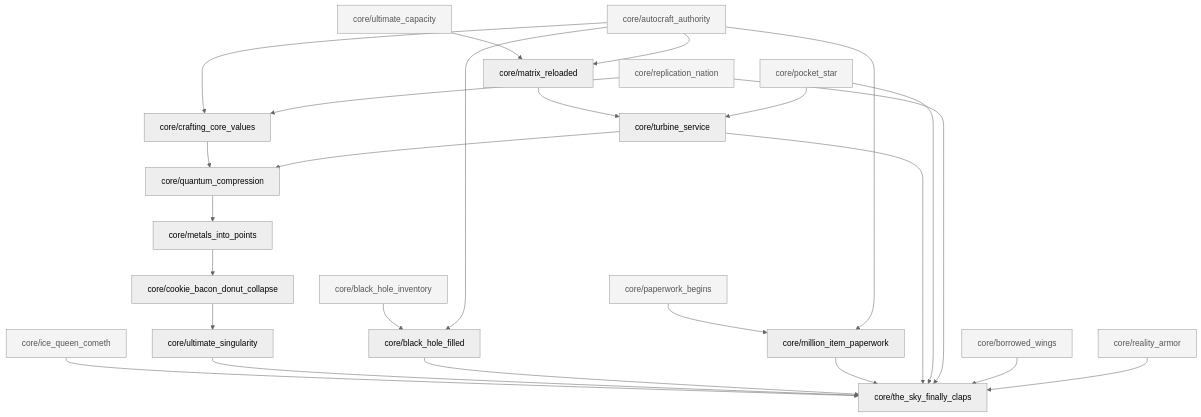
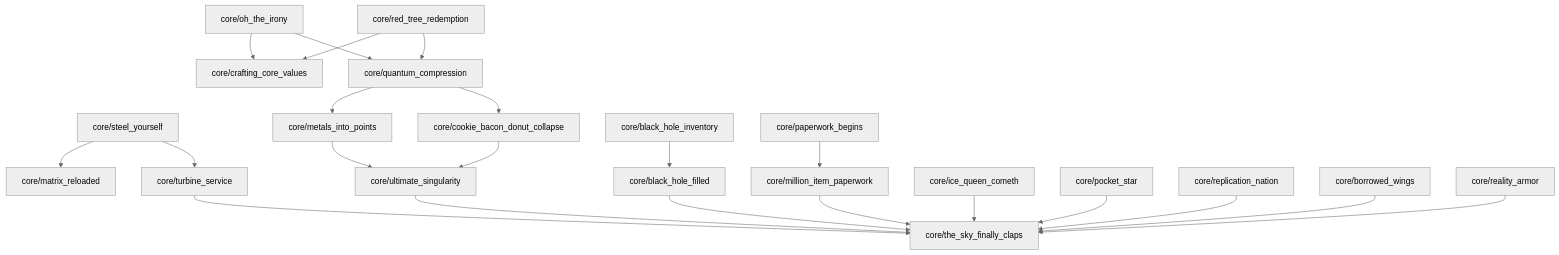
One commit to godh00d/sf4 changed the fourth of 6 diagrams in ACHIEVEMENT_TREE.md. Above: the diagram before and after it, drawn with Mermaid (neutral theme). The commit also changed other lines of this file and 97 other files, not shown here.

````diff
--- a/ACHIEVEMENT_TREE.md
+++ b/ACHIEVEMENT_TREE.md
@@ -215,32 +168,24 @@
 ```mermaid
 flowchart TD
-    C52["core/ultimate_capacity"]:::prior --> C101["core/matrix_reloaded"]
-    C89["core/autocraft_authority"]:::prior --> C101
-    C101 --> C102["core/turbine_service"]
-    C97["core/pocket_star"]:::prior --> C102
-
-    C89 --> C103["core/crafting_core_values"]
-    C100["core/replication_nation"]:::prior --> C103
-    C103 --> C104["core/quantum_compression"]
-    C102 --> C104
+    C44["core/steel_yourself"] --> C101["core/matrix_reloaded"]
+    C44 --> C102["core/turbine_service"]
+    C14["core/oh_the_irony"] --> C103["core/crafting_core_values"]
+    C15["core/red_tree_redemption"] --> C103
+    C14 --> C104["core/quantum_compression"]
+    C15 --> C104
     C104 --> C105["core/metals_into_points"]
-    C105 --> C106["core/cookie_bacon_donut_collapse"]
-    C106 --> C107["core/ultimate_singularity"]
-
-    C60["core/black_hole_inventory"]:::prior --> C108["core/black_hole_filled"]
-    C89 --> C108
-    C21["core/paperwork_begins"]:::prior --> C109["core/million_item_paperwork"]
-    C89 --> C109
-
-    C80["core/ice_queen_cometh"]:::prior --> C110["core/the_sky_finally_claps"]
+    C104 --> C106["core/cookie_bacon_donut_collapse"]
+    C105 --> C107["core/ultimate_singularity"]
+    C106 --> C107
+    C60["core/black_hole_inventory"] --> C108["core/black_hole_filled"]
+    C21["core/paperwork_begins"] --> C109["core/million_item_paperwork"]
+    C80["core/ice_queen_cometh"] --> C110["core/the_sky_finally_claps"]
     C107 --> C110
     C108 --> C110
     C109 --> C110
     C102 --> C110
-    C97 --> C110
-    C100 --> C110
-    C75["core/borrowed_wings"]:::prior --> C110
-    C65["core/reality_armor"]:::prior --> C110
-
-    classDef prior fill:#f4f4f4,stroke:#999,color:#555;
+    C97["core/pocket_star"] --> C110
+    C100["core/replication_nation"] --> C110
+    C75["core/borrowed_wings"] --> C110
+    C65["core/reality_armor"] --> C110
 ```
````
